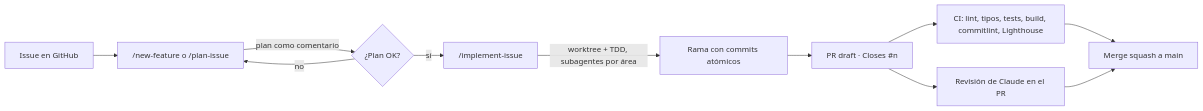
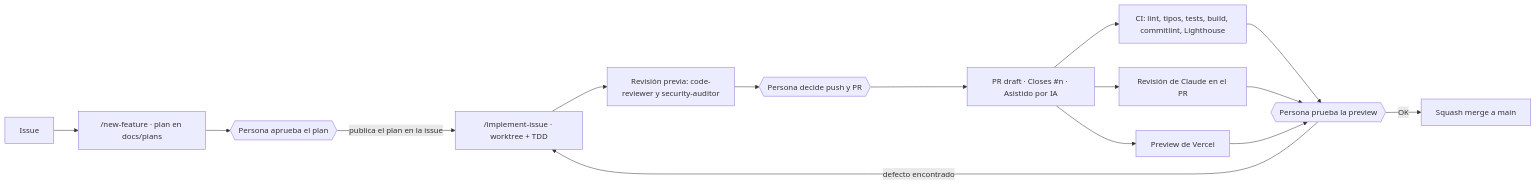
The diagram in docs/AI-WORKFLOW.md (DiegoEstela/diego-estela-portfolio), drawn with Mermaid before and after one commit. The commit also changed other lines of this file and 19 other files, not shown here.

````diff
--- a/docs/AI-WORKFLOW.md
+++ b/docs/AI-WORKFLOW.md
@@ -5,13 +5,17 @@
 ```mermaid
 flowchart LR
-  I[Issue en GitHub] --> P["/new-feature o /plan-issue"]
-  P -->|plan como comentario| C{¿Plan OK?}
-  C -- no --> P
-  C -- sí --> M["/implement-issue"]
-  M -->|"worktree + TDD, subagentes por área"| B[Rama con commits atómicos]
-  B --> PR["PR draft · Closes #n"]
+  I[Issue] --> P["/new-feature · plan en docs/plans"]
+  P --> H1{{"Persona aprueba el plan"}}
+  H1 -->|publica el plan en la issue| M["/implement-issue · worktree + TDD"]
+  M --> R["Revisión previa: code-reviewer y security-auditor"]
+  R --> H2{{"Persona decide push y PR"}}
+  H2 --> PR["PR draft · Closes #n · Asistido por IA"]
   PR --> CI["CI: lint, tipos, tests, build, commitlint, Lighthouse"]
-  PR --> R[Revisión de Claude en el PR]
-  CI --> G[Merge squash a main]
-  R --> G
+  PR --> CR["Revisión de Claude en el PR"]
+  PR --> V["Preview de Vercel"]
+  CI --> H3{{"Persona prueba la preview"}}
+  CR --> H3
+  V --> H3
+  H3 -->|defecto encontrado| M
+  H3 -->|OK| G["Squash merge a main"]
 ```
````
